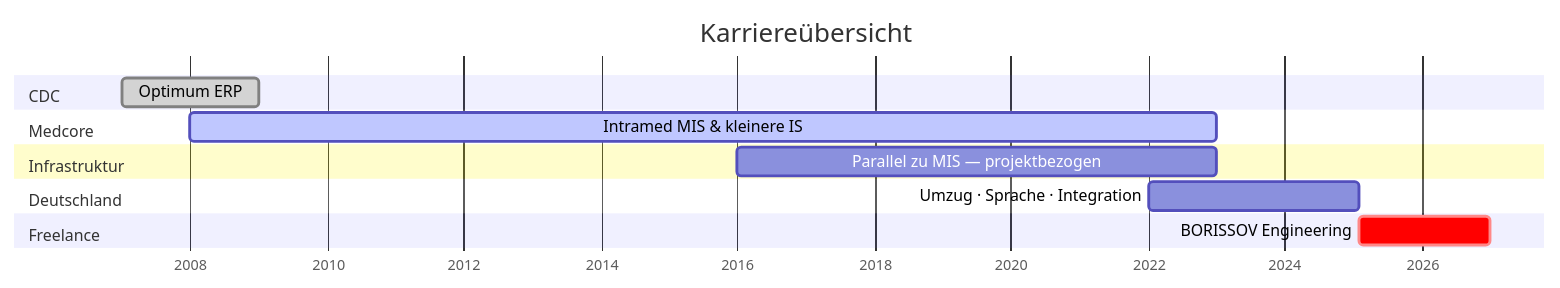
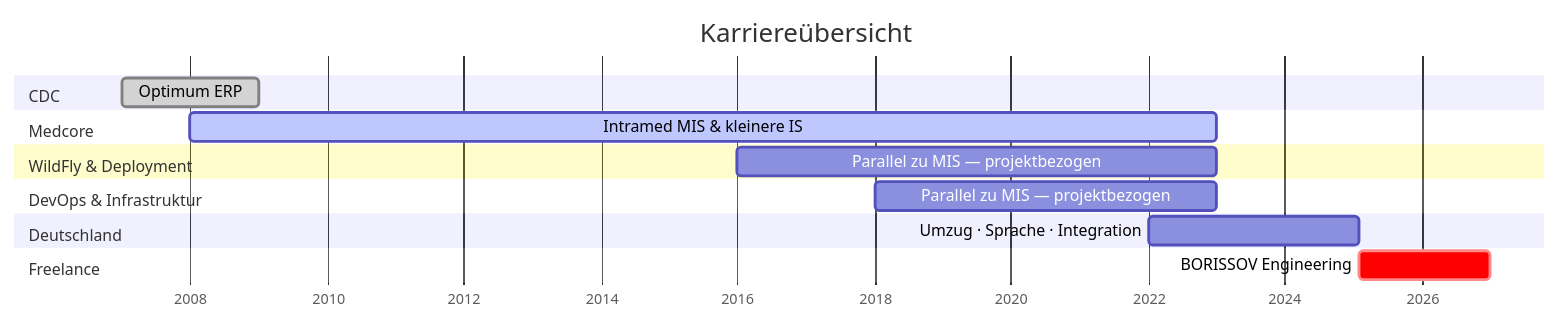
Before and after one commit to boralekc/cv: the diagram in 02-career/timeline.md, drawn with Mermaid. The commit also changed other lines of this file and 17 other files, not shown here.

````diff
--- a/02-career/timeline.md
+++ b/02-career/timeline.md
@@ -69,21 +78,24 @@
 ```mermaid
 gantt
     title Karriereübersicht
     dateFormat YYYY-MM-DD
     axisFormat %Y
 
     section CDC
     Optimum ERP :done, 2007-01-01, 2008-12-31
 
     section Medcore
     Intramed MIS & kleinere IS :active, 2008-01-01, 2022-12-31
 
-    section Infrastruktur
-    Parallel zu MIS — projektbezogen :infra, 2016-01-01, 2022-12-31
+    section WildFly & Deployment
+    Parallel zu MIS — projektbezogen :wildfly, 2016-01-01, 2022-12-31
+
+    section DevOps & Infrastruktur
+    Parallel zu MIS — projektbezogen :infra, 2018-01-01, 2022-12-31
 
     section Deutschland
     Umzug · Sprache · Integration :de, 2022-01-01, 2025-02-01
 
     section Freelance
     BORISSOV Engineering :crit, 2025-02-01, 2027-01-01
 ```
````
